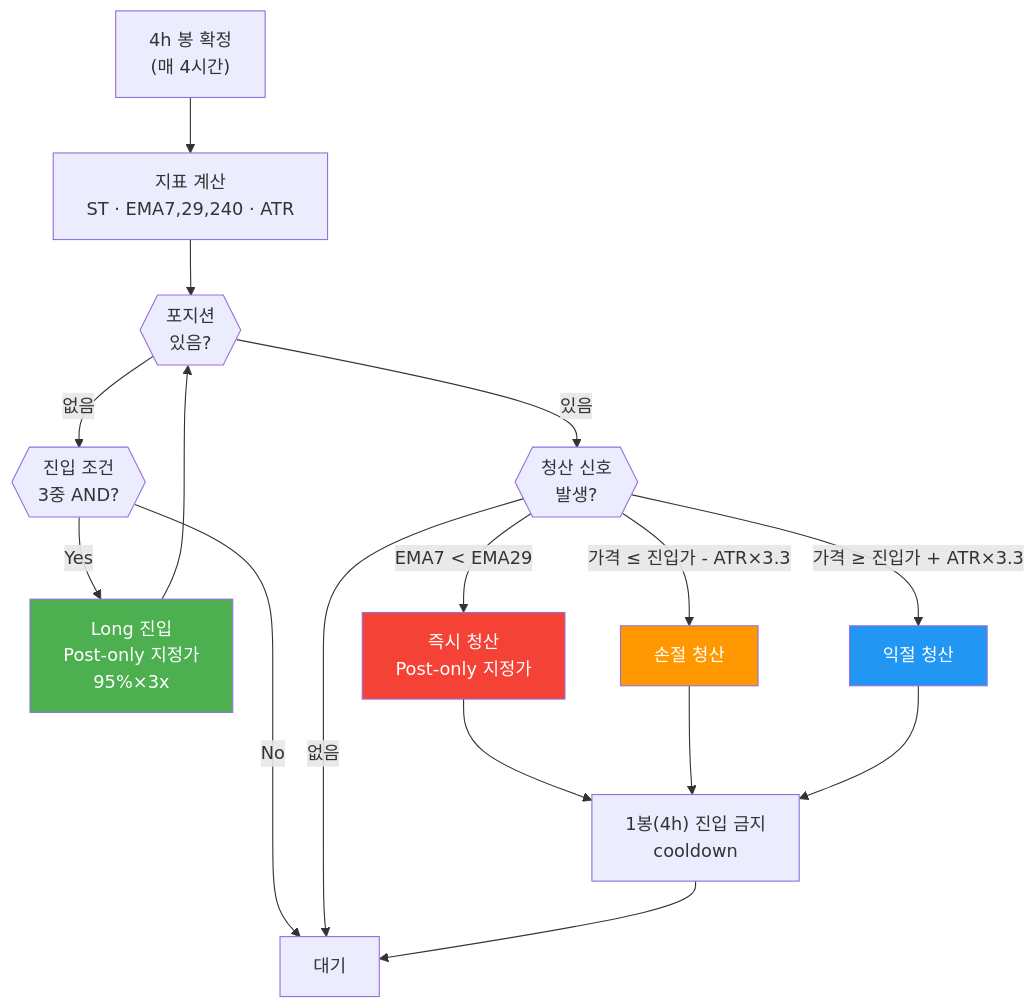
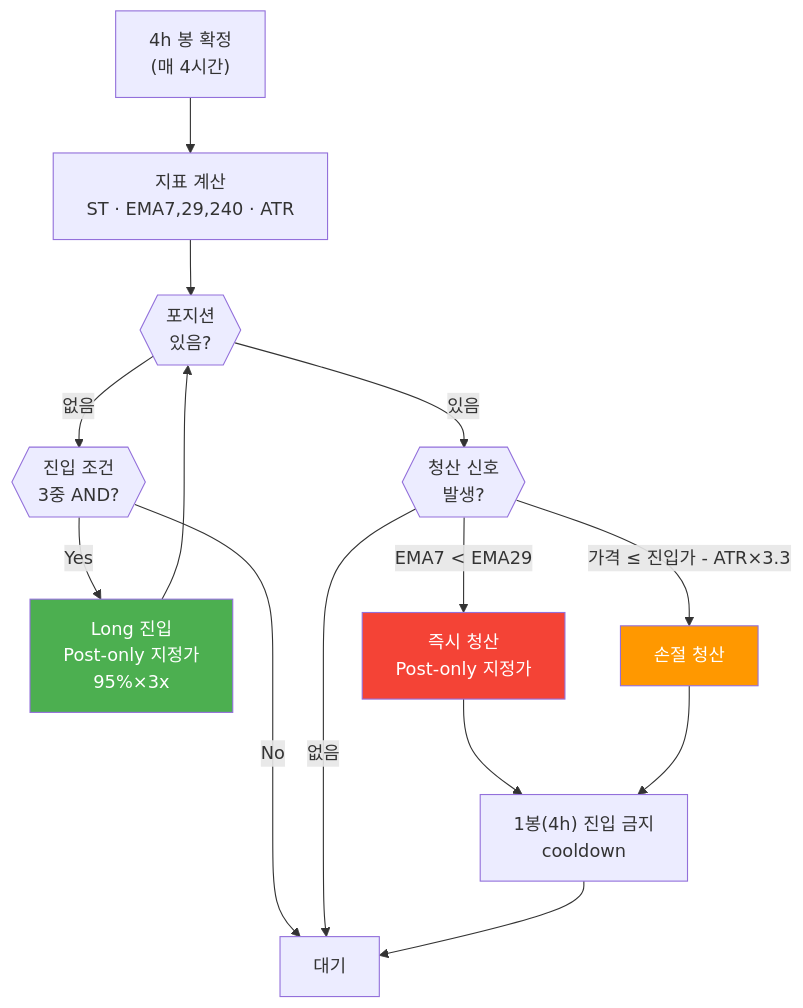
Before and after one commit to Justant-source/Bit-Mania: the diagram in docs/70-policy/strategy.md, drawn with Mermaid. The commit also changed other lines of this file and 43 other files, not shown here.

````diff
--- a/docs/70-policy/strategy.md
+++ b/docs/70-policy/strategy.md
@@ -73,26 +73,23 @@
 ```mermaid
 flowchart TD
     A["4h 봉 확정<br/>(매 4시간)"] --> B["지표 계산<br/>ST · EMA7,29,240 · ATR"]
     B --> C{{"포지션<br/>있음?"}}
     
     C -->|"없음"| D{{"진입 조건<br/>3중 AND?"}}
     D -->|"Yes"| E["Long 진입<br/>Post-only 지정가<br/>95%×3x"]
     D -->|"No"| W["대기"]
     
     C -->|"있음"| F{{"청산 신호<br/>발생?"}}
     F -->|"EMA7 < EMA29"| G["즉시 청산<br/>Post-only 지정가"]
     F -->|"가격 ≤ 진입가 - ATR×3.3"| H["손절 청산"]
-    F -->|"가격 ≥ 진입가 + ATR×3.3"| I["익절 청산"]
     F -->|"없음"| W
     
     G --> J["1봉(4h) 진입 금지<br/>cooldown"]
     H --> J
-    I --> J
     J --> W
     E --> C
     
     style E fill:#4caf50,color:#fff
     style G fill:#f44336,color:#fff
     style H fill:#ff9800,color:#fff
-    style I fill:#2196f3,color:#fff
 ```
````
